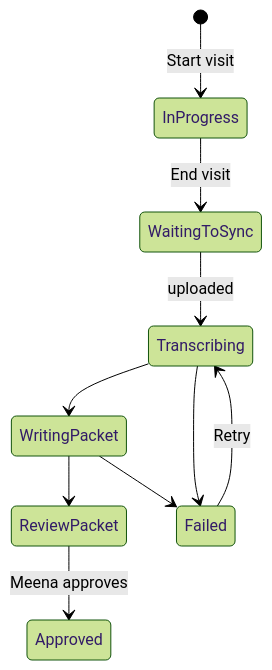
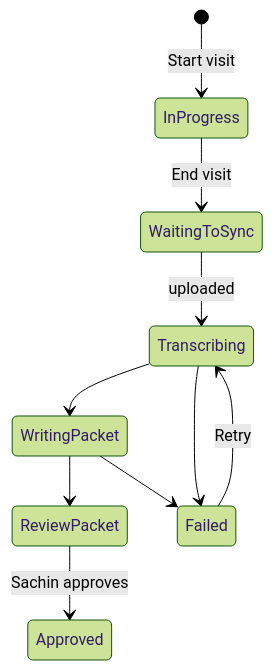
Before and after one commit to Pratham-1604/visit-coach: the second of 3 diagrams in FLOW.md, drawn with Mermaid (forest theme). The commit also changed other lines of this file and 34 other files, not shown here.

````diff
--- a/FLOW.md
+++ b/FLOW.md
@@ -124,12 +129,12 @@
 ```mermaid
 stateDiagram-v2
     [*] --> InProgress: Start visit
     InProgress --> WaitingToSync: End visit
     WaitingToSync --> Transcribing: uploaded
     Transcribing --> WritingPacket
     WritingPacket --> ReviewPacket
-    ReviewPacket --> Approved: Meena approves
+    ReviewPacket --> Approved: Sachin approves
     Transcribing --> Failed
     WritingPacket --> Failed
     Failed --> Transcribing: Retry
 ```
````
